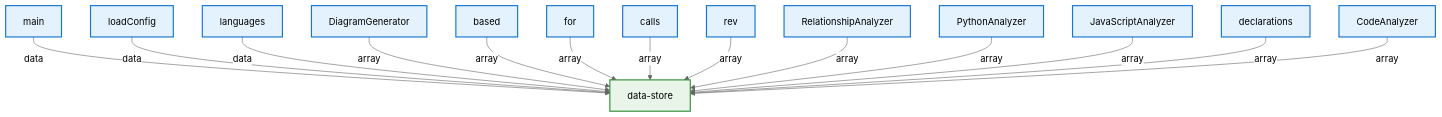
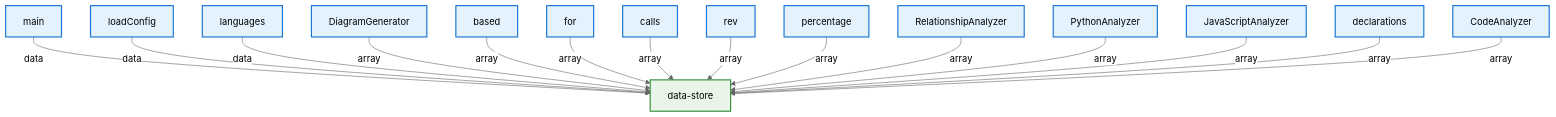
One commit to samjhill/diagrammer changed the diagram in docs/architecture/dataFlow.md. Above: the diagram before and after it, drawn with Mermaid (neutral theme). The commit also changed other lines of this file and 9 other files, not shown here.

Commit message:
docs: Update architecture diagrams [skip ci]

````diff
--- a/docs/architecture/dataFlow.md
+++ b/docs/architecture/dataFlow.md
@@ -7,48 +7,51 @@
 ```mermaid
 graph TD
   classDef component fill:#e3f2fd,stroke:#1976d2,stroke-width:2px
   classDef data fill:#e8f5e8,stroke:#388e3c,stroke-width:2px
   classDef state fill:#fff3e0,stroke:#f57c00,stroke-width:2px
   classDef props fill:#f3e5f5,stroke:#7b1fa2,stroke-width:2px
 
   main["main"]:::component
   data_store["data-store"]:::data
   main -->|data| data_store
   loadConfig["loadConfig"]:::component
   data_store["data-store"]:::data
   loadConfig -->|data| data_store
   languages["languages"]:::component
   data_store["data-store"]:::data
   languages -->|data| data_store
   DiagramGenerator["DiagramGenerator"]:::component
   data_store["data-store"]:::data
   DiagramGenerator -->|array| data_store
   based["based"]:::component
   data_store["data-store"]:::data
   based -->|array| data_store
   for["for"]:::component
   data_store["data-store"]:::data
   for -->|array| data_store
   calls["calls"]:::component
   data_store["data-store"]:::data
   calls -->|array| data_store
   rev["rev"]:::component
   data_store["data-store"]:::data
   rev -->|array| data_store
+  percentage["percentage"]:::component
+  data_store["data-store"]:::data
+  percentage -->|array| data_store
   RelationshipAnalyzer["RelationshipAnalyzer"]:::component
   data_store["data-store"]:::data
   RelationshipAnalyzer -->|array| data_store
   PythonAnalyzer["PythonAnalyzer"]:::component
   data_store["data-store"]:::data
   PythonAnalyzer -->|array| data_store
   JavaScriptAnalyzer["JavaScriptAnalyzer"]:::component
   data_store["data-store"]:::data
   JavaScriptAnalyzer -->|array| data_store
   declarations["declarations"]:::component
   data_store["data-store"]:::data
   declarations -->|array| data_store
   CodeAnalyzer["CodeAnalyzer"]:::component
   data_store["data-store"]:::data
   CodeAnalyzer -->|array| data_store
 
 ```
````
